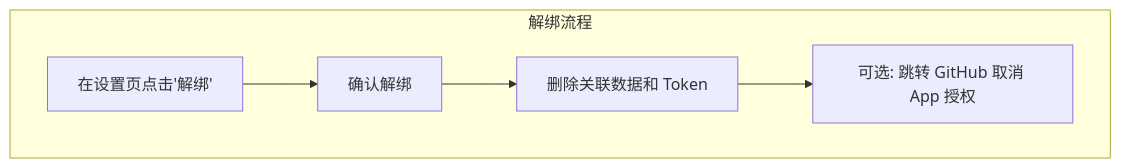
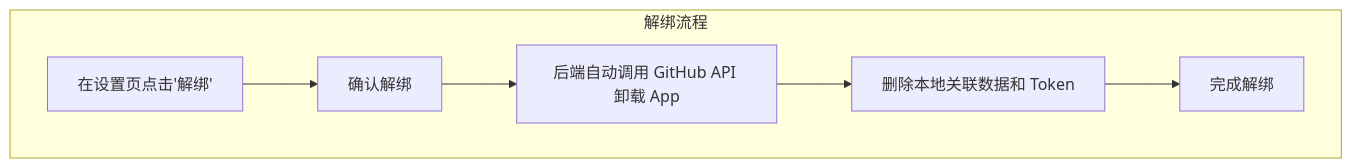
One commit to Deliay/z-agent-gear changed the second of 2 diagrams in docs/product/draft/github-account-binding.md. Above: the diagram before and after it, drawn with Mermaid. The commit also changed 3 other files, not shown here.

First line of the commit message:
feat: auto-uninstall GitHub App on unbind

````diff
--- a/docs/product/draft/github-account-binding.md
+++ b/docs/product/draft/github-account-binding.md
@@ -129,8 +129,9 @@
 ```mermaid
 flowchart TD
     subgraph "解绑流程"
         N[在设置页点击'解绑'] --> O[确认解绑]
-        O --> P[删除关联数据和 Token]
-        P --> Q[可选: 跳转 GitHub 取消 App 授权]
+        O --> P[后端自动调用 GitHub API 卸载 App]
+        P --> Q[删除本地关联数据和 Token]
+        Q --> R[完成解绑]
     end
 ```
````
